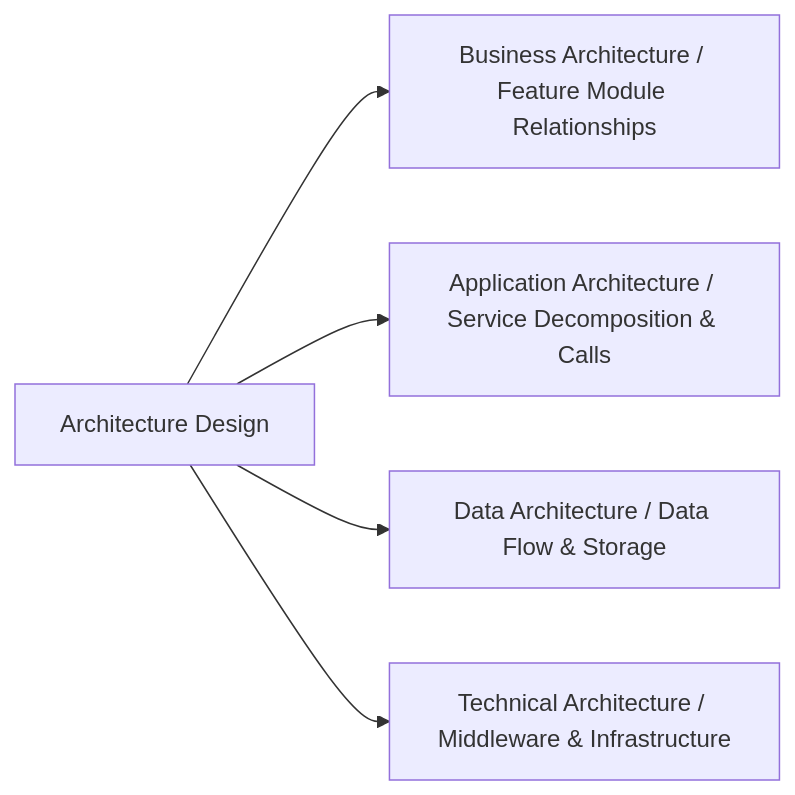
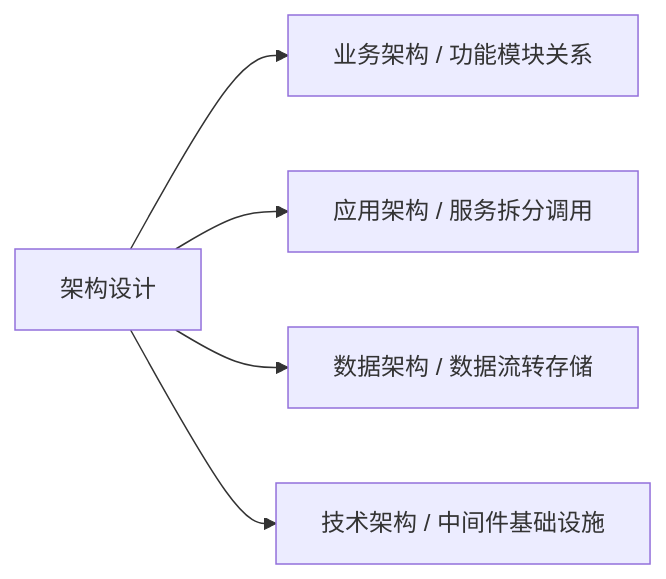
The second of 4 diagrams in templates/Product/README.md (Kirky-X/cangjie), drawn with Mermaid before and after one commit. The commit also changed other lines of this file and 33 other files, not shown here.

````diff
--- a/templates/Product/README.md
+++ b/templates/Product/README.md
@@ -198,7 +198,7 @@
 ```mermaid
 flowchart LR
-    A[Architecture Design] --> B[Business Architecture / Feature Module Relationships]
-    A --> C[Application Architecture / Service Decomposition & Calls]
-    A --> D[Data Architecture / Data Flow & Storage]
-    A --> E[Technical Architecture / Middleware & Infrastructure]
+    A[架构设计] --> B[业务架构 / 功能模块关系]
+    A --> C[应用架构 / 服务拆分调用]
+    A --> D[数据架构 / 数据流转存储]
+    A --> E[技术架构 / 中间件基础设施]
 ```
````
